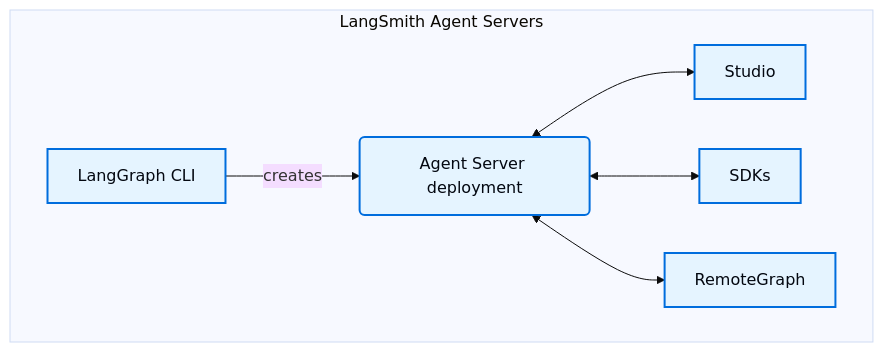
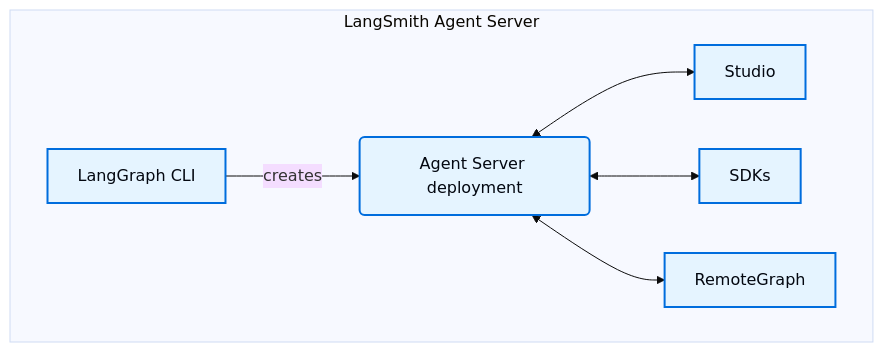
The diagram in src/langsmith/components.mdx (langchain-ai/docs), drawn with Mermaid (base theme) before and after one commit. The commit also changed other lines of this file and 117 other files, not shown here.

First line of the commit message:
docs: use singular Agent Server product naming

````diff
--- a/src/langsmith/components.mdx
+++ b/src/langsmith/components.mdx
@@ -14,13 +14,13 @@
 ```mermaid
 flowchart
-    subgraph LangSmith Agent Servers
+    subgraph LangSmith Agent Server
         A[LangGraph CLI] -->|creates| B(Agent Server deployment)
         B <--> D[Studio]
         B <--> E[SDKs]
         B <--> F[RemoteGraph]
     end
 
     classDef process fill:#E5F4FF,stroke:#006DDD,stroke-width:2px,color:#030710
 
     class A,B,D,E,F process
 ```
````
